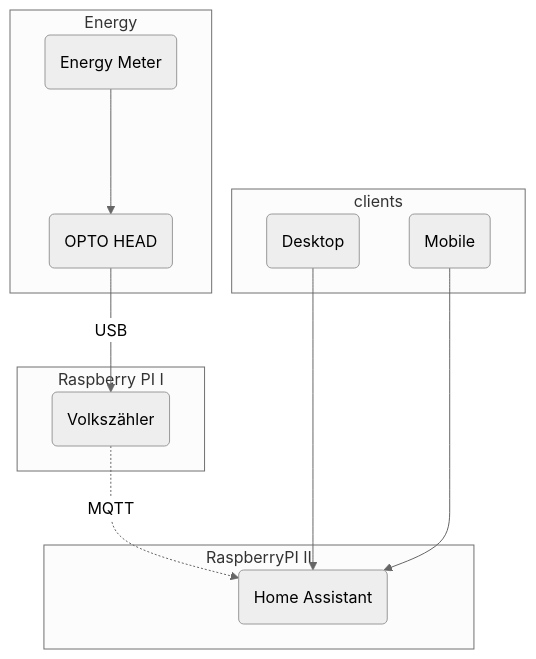
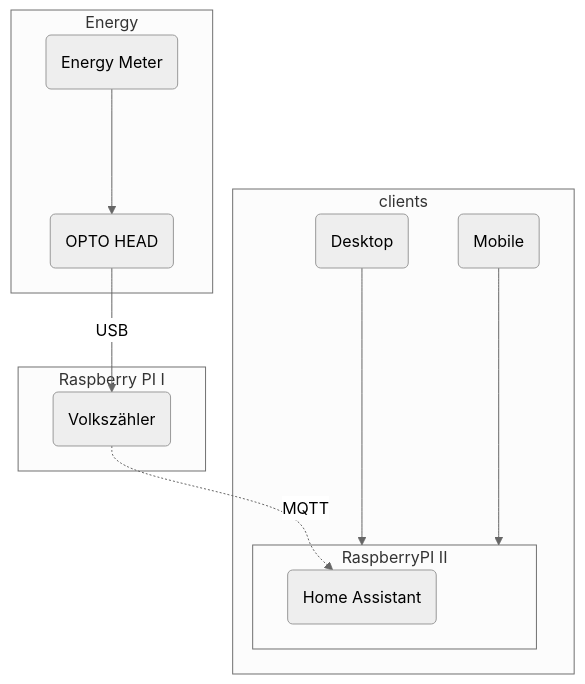
The diagram in README.md (rangulvers/smart_meter_setup), drawn with Mermaid (neutral theme) before and after one commit.

````diff
--- a/README.md
+++ b/README.md
@@ -10,18 +10,18 @@
 ```mermaid
 
 flowchart TB
         subgraph Energy
         A(Energy Meter) ---> B(OPTO HEAD)        
         end
         subgraph sub1 [Raspberry PI I]
         B --USB--> C(Volkszähler)
         end
         subgraph sub2 [RaspberryPI II]
         C -.MQTT.-> D(Home Assistant)
         end
         subgraph clients
-        E(Desktop) ---> D(Home Assistant)
-        F(Mobile) ---> D(Home Assistant)
+        E(Desktop) ---> sub2
+        F(Mobile) ---> sub2
         end
         
 ```
````
